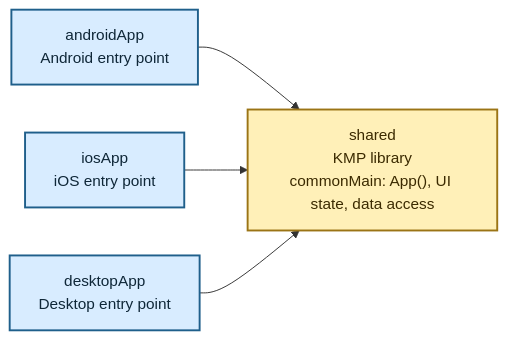
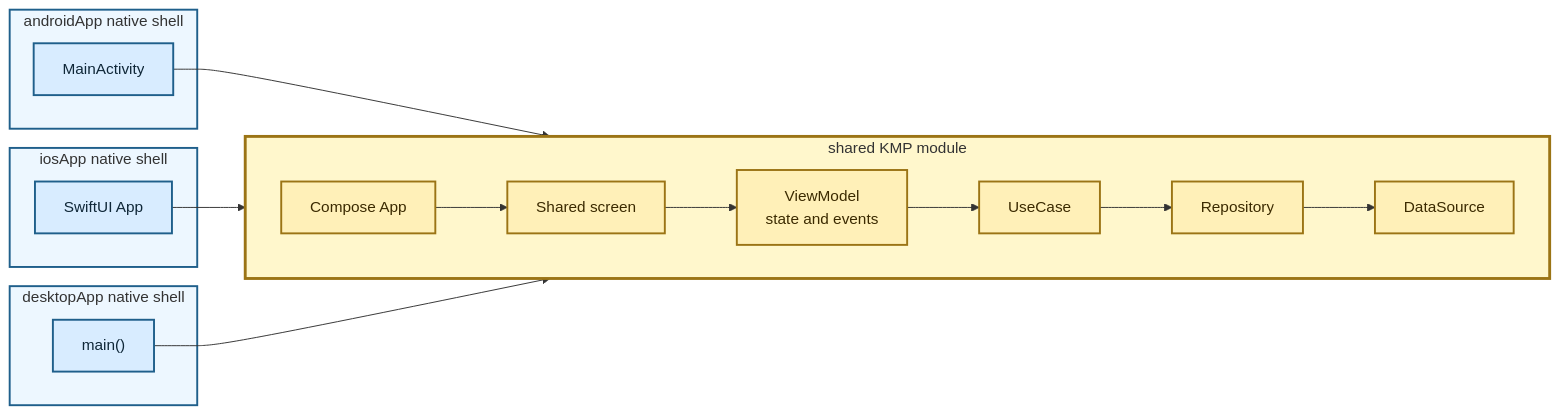
Before and after one commit to TheSetox/kmp-sample-diagrams: the diagram in diagrams/03-kmp-compose-ui.md, drawn with Mermaid. The commit also changed other lines of this file and 18 other files, not shown here.

Commit message:
docs: clarify kmp and native diagram boundaries

````diff
--- a/diagrams/03-kmp-compose-ui.md
+++ b/diagrams/03-kmp-compose-ui.md
@@ -5,17 +5,38 @@
 ```mermaid
 flowchart LR
-  Shared["shared\nKMP library\ncommonMain: App(), UI state, data access"]
+  subgraph Android["androidApp native shell"]
+    AEntry["MainActivity"]
+  end
 
-  Android["androidApp\nAndroid entry point"]
-  IOS["iosApp\niOS entry point"]
-  Desktop["desktopApp\nDesktop entry point"]
+  subgraph IOS["iosApp native shell"]
+    IEntry["SwiftUI App"]
+  end
 
-  Android --> Shared
-  IOS --> Shared
-  Desktop --> Shared
+  subgraph Desktop["desktopApp native shell"]
+    DEntry["main()"]
+  end
+
+  subgraph KMP["shared KMP module"]
+    direction LR
+    App["Compose App"]
+    Screen["Shared screen"]
+    VM["ViewModel\nstate and events"]
+    UseCase["UseCase"]
+    Repository["Repository"]
+    DataSource["DataSource"]
+    App --> Screen --> VM --> UseCase --> Repository --> DataSource
+  end
+
+  AEntry --> App
+  IEntry --> App
+  DEntry --> App
 
   classDef app fill:#d8ecff,stroke:#1f5f8b,color:#0f2738,stroke-width:2px;
-  classDef shared fill:#fff0b8,stroke:#9b7415,color:#3b2a00,stroke-width:2px;
-  class Android,IOS,Desktop app;
-  class Shared shared;
+  classDef kmp fill:#fff0b8,stroke:#9b7415,color:#3b2a00,stroke-width:2px;
+  class AEntry,IEntry,DEntry app;
+  class App,Screen,VM,UseCase,Repository,DataSource kmp;
+  style Android fill:#edf7ff,stroke:#1f5f8b,stroke-width:2px
+  style IOS fill:#edf7ff,stroke:#1f5f8b,stroke-width:2px
+  style Desktop fill:#edf7ff,stroke:#1f5f8b,stroke-width:2px
+  style KMP fill:#fff7cc,stroke:#9b7415,stroke-width:3px
 ```
````
